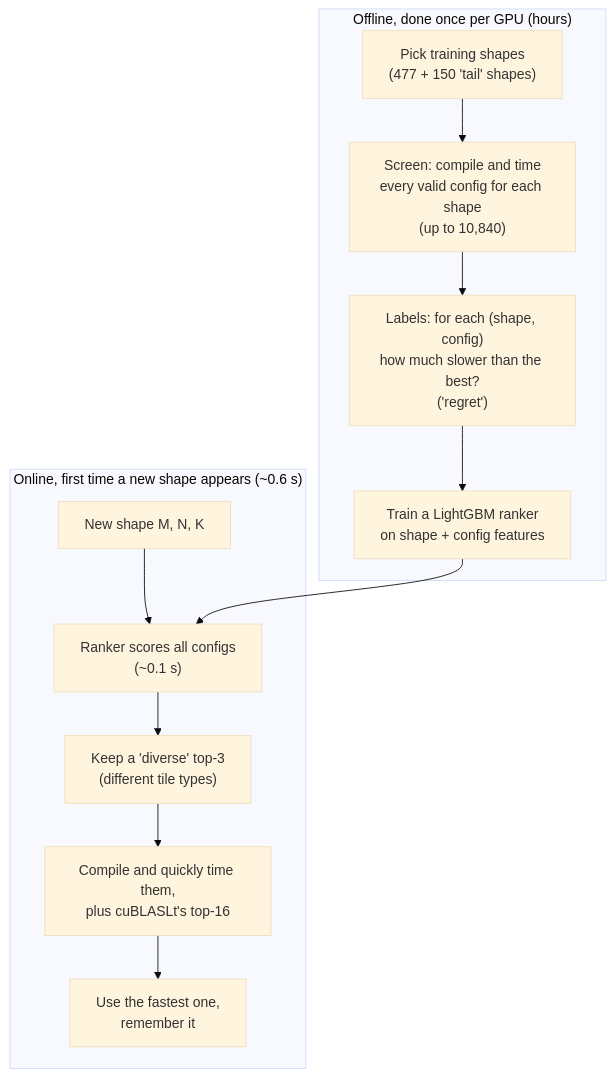
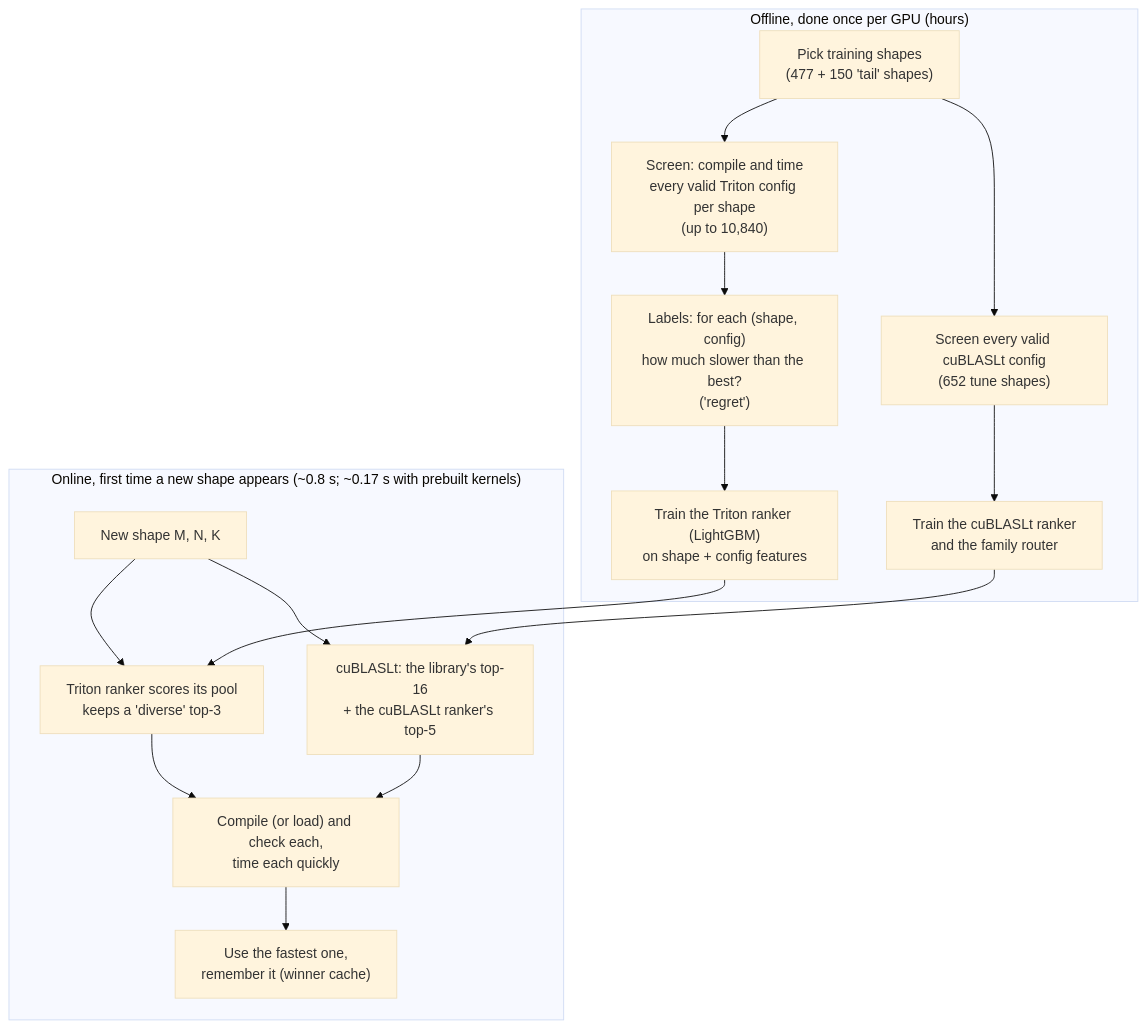
The diagram in results/03_model_training.md (Rayner3103/CS464), drawn with Mermaid (base theme) before and after one commit. The commit also changed other lines of this file and 15 other files, not shown here.

````diff
--- a/results/03_model_training.md
+++ b/results/03_model_training.md
@@ -7,15 +7,17 @@
 ```mermaid
 flowchart TD
     subgraph OFFLINE["Offline, done once per GPU (hours)"]
-        S1["Pick training shapes<br/>(477 + 150 'tail' shapes)"] --> S2["Screen: compile and time<br/>every valid config for each shape<br/>(up to 10,840)"]
+        S1["Pick training shapes<br/>(477 + 150 'tail' shapes)"] --> S2["Screen: compile and time<br/>every valid Triton config per shape<br/>(up to 10,840)"]
         S2 --> S3["Labels: for each (shape, config)<br/>how much slower than the best?<br/>('regret')"]
-        S3 --> S4["Train a LightGBM ranker<br/>on shape + config features"]
+        S3 --> S4["Train the Triton ranker (LightGBM)<br/>on shape + config features"]
+        S1 --> L1["Screen every valid cuBLASLt config<br/>(652 tune shapes)"] --> L2["Train the cuBLASLt ranker<br/>and the family router"]
     end
-    subgraph ONLINE["Online, first time a new shape appears (~0.6 s)"]
-        N1["New shape M, N, K"] --> N2["Ranker scores all configs<br/>(~0.1 s)"]
-        N2 --> N3["Keep a 'diverse' top-3<br/>(different tile types)"]
-        N3 --> N4["Compile and quickly time them,<br/>plus cuBLASLt's top-16"]
-        N4 --> N5["Use the fastest one,<br/>remember it"]
+    subgraph ONLINE["Online, first time a new shape appears (~0.8 s; ~0.17 s with prebuilt kernels)"]
+        N1["New shape M, N, K"] --> N2["Triton ranker scores its pool<br/>keeps a 'diverse' top-3"]
+        N1 --> N3["cuBLASLt: the library's top-16<br/>+ the cuBLASLt ranker's top-5"]
+        N2 & N3 --> N4["Compile (or load) and check each,<br/>time each quickly"]
+        N4 --> N5["Use the fastest one,<br/>remember it (winner cache)"]
     end
     S4 --> N2
+    L2 --> N3
 ```
````
